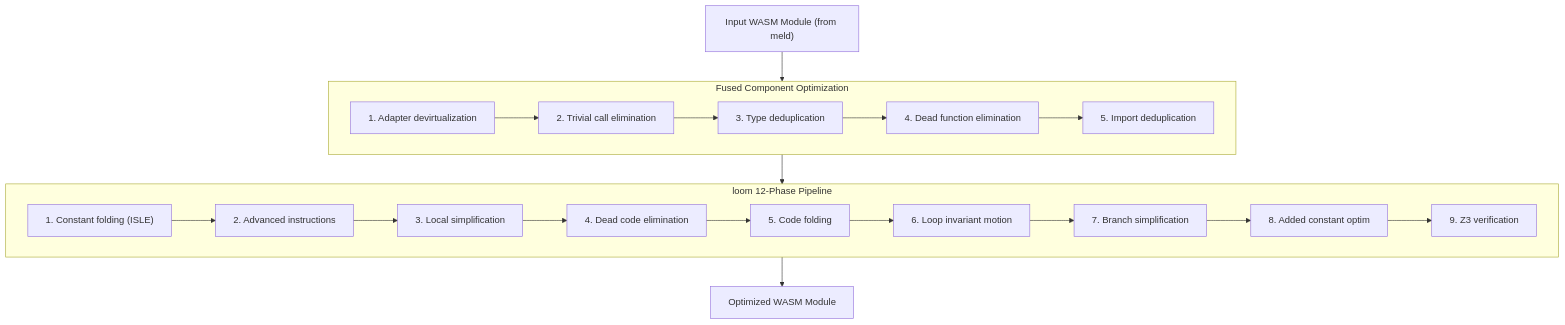
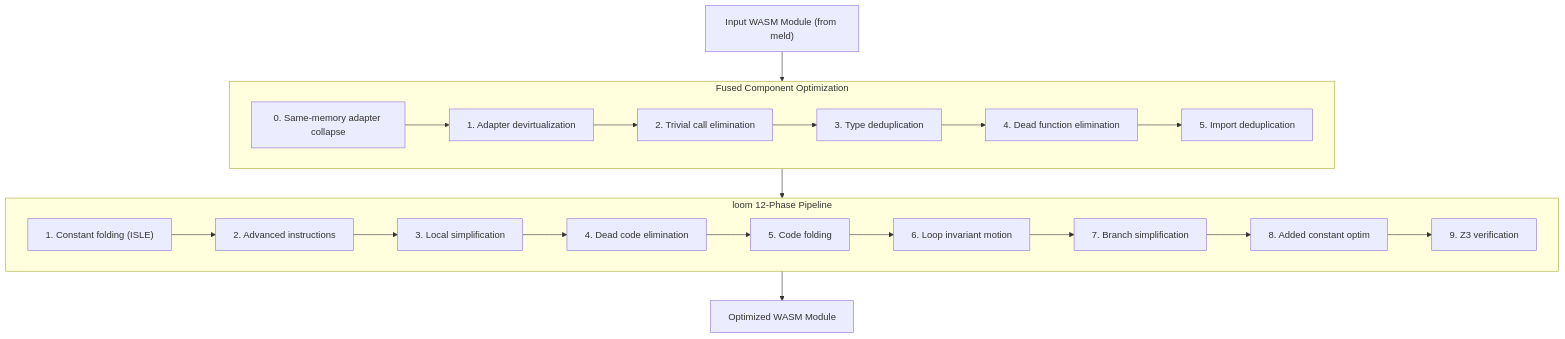
The seventh of 8 diagrams in docs/design/fused-component-optimization.md (pulseengine/loom), drawn with Mermaid before and after one commit. The commit also changed other lines of this file and 3 other files, not shown here.

First line of the commit message:
feat(fused): add Pass 0 same-memory adapter collapse for single-memory modules

````diff
--- a/docs/design/fused-component-optimization.md
+++ b/docs/design/fused-component-optimization.md
@@ -259,31 +295,32 @@
 ```mermaid
 flowchart TD
     Input["Input WASM Module (from meld)"]
     Input --> Fused
 
     subgraph Fused["Fused Component Optimization"]
+        F0["0. Same-memory adapter collapse"]
         F1["1. Adapter devirtualization"]
         F2["2. Trivial call elimination"]
         F3["3. Type deduplication"]
         F4["4. Dead function elimination"]
         F5["5. Import deduplication"]
-        F1 --> F2 --> F3 --> F4 --> F5
+        F0 --> F1 --> F2 --> F3 --> F4 --> F5
     end
 
     Fused --> Standard
 
     subgraph Standard["loom 12-Phase Pipeline"]
         S1["1. Constant folding (ISLE)"]
         S2["2. Advanced instructions"]
         S3["3. Local simplification"]
         S4["4. Dead code elimination"]
         S5["5. Code folding"]
         S6["6. Loop invariant motion"]
         S7["7. Branch simplification"]
         S8["8. Added constant optim"]
         S9["9. Z3 verification"]
         S1 --> S2 --> S3 --> S4 --> S5 --> S6 --> S7 --> S8 --> S9
     end
 
     Standard --> Output["Optimized WASM Module"]
 ```
````
